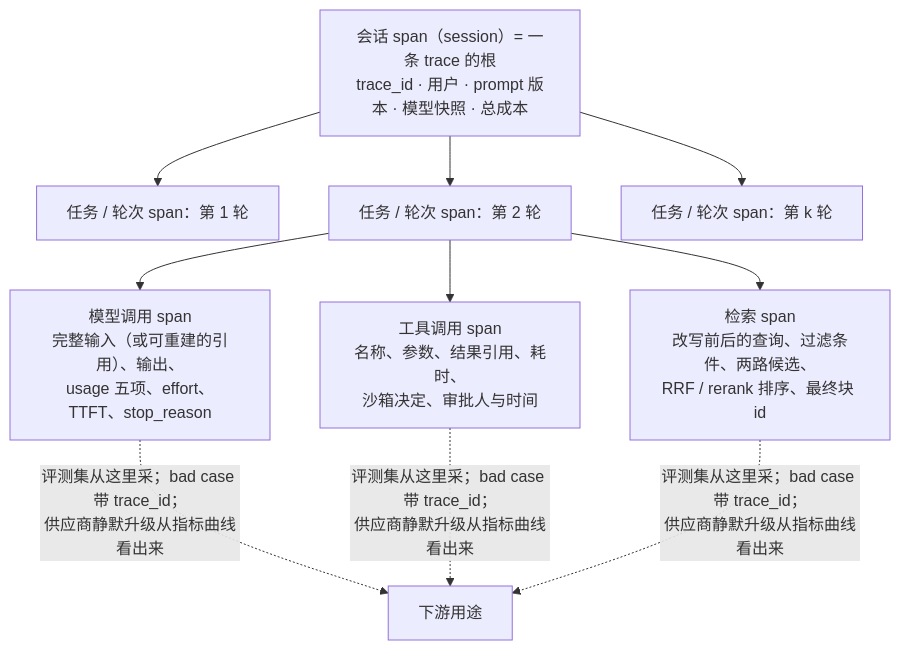
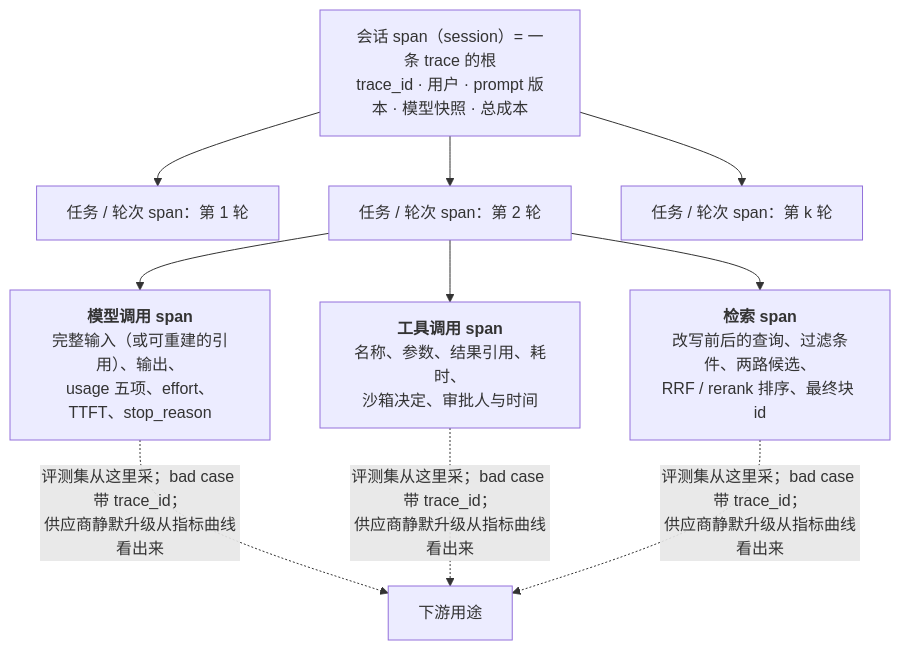
Before and after one commit to arganzheng/arganzheng.github.com: the first of 5 diagrams in _posts/2026-11-04-tracing-spans-opentelemetry-genai-conventions-and-tooling.md, drawn with Mermaid. The commit also changed other lines of this file and 7 other files, not shown here.

First line of the commit message:
评测、可观测与可追溯：怎么知道改了之后更好了：Mermaid 多行方框的首行标为标题（8 篇）

````diff
--- a/_posts/2026-11-04-tracing-spans-opentelemetry-genai-conventions-and-tooling.md
+++ b/_posts/2026-11-04-tracing-spans-opentelemetry-genai-conventions-and-tooling.md
@@ -22,12 +22,12 @@
 ```mermaid
 %%{init: {"flowchart": {"wrappingWidth": 200}}}%%
 %% 图：trace 的三级树：会话 → 任务 / 轮次 → 模型调用 / 工具调用 / 检索 span
 flowchart TB
     T["会话 span（session）= 一条 trace 的根<br/>trace_id · 用户 · prompt 版本 · 模型快照 · 总成本"]
     T --> S1["任务 / 轮次 span：第 1 轮"] & S2["任务 / 轮次 span：第 2 轮"] & S3["任务 / 轮次 span：第 k 轮"]
-    S2 --> M["模型调用 span<br/>完整输入（或可重建的引用）、输出、<br/>usage 五项、effort、TTFT、stop_reason"]
-    S2 --> TO["工具调用 span<br/>名称、参数、结果引用、耗时、<br/>沙箱决定、审批人与时间"]
-    S2 --> RT["检索 span<br/>改写前后的查询、过滤条件、两路候选、<br/>RRF / rerank 排序、最终块 id"]
+    S2 --> M["<b>模型调用 span</b><br/>完整输入（或可重建的引用）、输出、<br/>usage 五项、effort、TTFT、stop_reason"]
+    S2 --> TO["<b>工具调用 span</b><br/>名称、参数、结果引用、耗时、<br/>沙箱决定、审批人与时间"]
+    S2 --> RT["<b>检索 span</b><br/>改写前后的查询、过滤条件、两路候选、<br/>RRF / rerank 排序、最终块 id"]
     M & TO & RT -. "评测集从这里采；bad case 带 trace_id；<br/>供应商静默升级从指标曲线看出来" .-> U["下游用途"]
 
 ```
````
